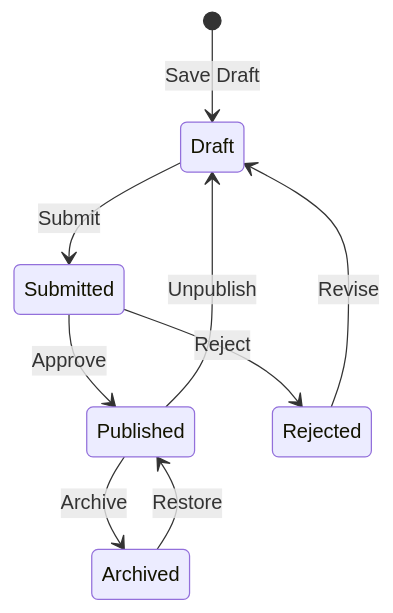
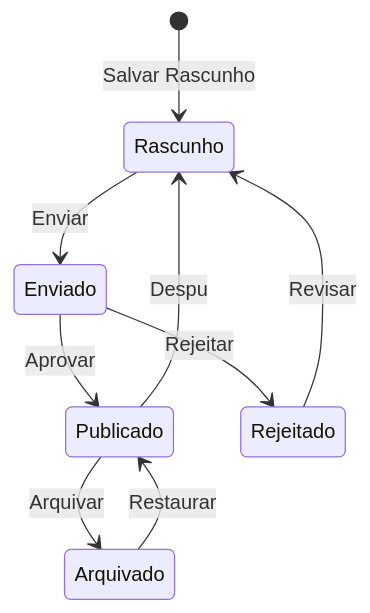
Before and after one commit to mambax7/xoops-docs: the fourth of 4 diagrams in apps/docs-27/src/content/docs/pt/modules/publisher/user-guide/getting-started.md, drawn with Mermaid. The commit also changed other lines of this file and 162 other files, not shown here.

````diff
--- a/apps/docs-27/src/content/docs/pt/modules/publisher/user-guide/getting-started.md
+++ b/apps/docs-27/src/content/docs/pt/modules/publisher/user-guide/getting-started.md
@@ -169,11 +169,11 @@
 ```mermaid
 stateDiagram-v2
-    [*] --> Draft: Save Draft
-    Draft --> Submitted: Submit
-    Submitted --> Published: Approve
-    Submitted --> Rejected: Reject
-    Rejected --> Draft: Revise
-    Published --> Archived: Archive
-    Published --> Draft: Unpublish
-    Archived --> Published: Restore
+    [*] --> Rascunho: Salvar Rascunho
+    Rascunho --> Enviado: Enviar
+    Enviado --> Publicado: Aprovar
+    Enviado --> Rejeitado: Rejeitar
+    Rejeitado --> Rascunho: Revisar
+    Publicado --> Arquivado: Arquivar
+    Publicado --> Rascunho: Despu
+    Arquivado --> Publicado: Restaurar
 ```
````
